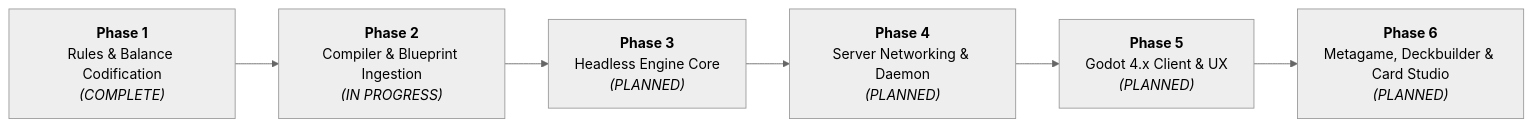
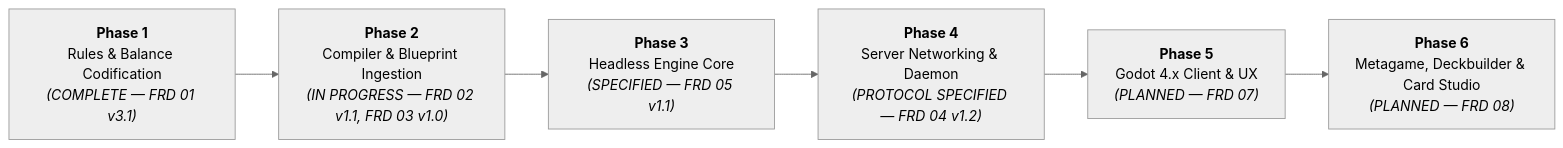
The second of 2 diagrams in docs/PRODUCT_SUMMARY.md (hailstorm01/animus-mundi), drawn with Mermaid (neutral theme) before and after one commit. The commit also changed other lines of this file, not shown here.

Commit message:
docs(product): sync product summary with Master FRDs 01-05 via pm-frd-drafter analysis

````diff
--- a/docs/PRODUCT_SUMMARY.md
+++ b/docs/PRODUCT_SUMMARY.md
@@ -196,11 +202,11 @@
 ```mermaid
 flowchart LR
-    Phase1["<b>Phase 1</b><br/>Rules & Balance Codification<br/><i>(COMPLETE)</i>"]
-    Phase2["<b>Phase 2</b><br/>Compiler & Blueprint Ingestion<br/><i>(IN PROGRESS)</i>"]
-    Phase3["<b>Phase 3</b><br/>Headless Engine Core<br/><i>(PLANNED)</i>"]
-    Phase4["<b>Phase 4</b><br/>Server Networking & Daemon<br/><i>(PLANNED)</i>"]
-    Phase5["<b>Phase 5</b><br/>Godot 4.x Client & UX<br/><i>(PLANNED)</i>"]
-    Phase6["<b>Phase 6</b><br/>Metagame, Deckbuilder & Card Studio<br/><i>(PLANNED)</i>"]
+    Phase1["<b>Phase 1</b><br/>Rules & Balance Codification<br/><i>(COMPLETE — FRD 01 v3.1)</i>"]
+    Phase2["<b>Phase 2</b><br/>Compiler & Blueprint Ingestion<br/><i>(IN PROGRESS — FRD 02 v1.1, FRD 03 v1.0)</i>"]
+    Phase3["<b>Phase 3</b><br/>Headless Engine Core<br/><i>(SPECIFIED — FRD 05 v1.1)</i>"]
+    Phase4["<b>Phase 4</b><br/>Server Networking & Daemon<br/><i>(PROTOCOL SPECIFIED — FRD 04 v1.2)</i>"]
+    Phase5["<b>Phase 5</b><br/>Godot 4.x Client & UX<br/><i>(PLANNED — FRD 07)</i>"]
+    Phase6["<b>Phase 6</b><br/>Metagame, Deckbuilder & Card Studio<br/><i>(PLANNED — FRD 08)</i>"]
 
     Phase1 --> Phase2 --> Phase3 --> Phase4 --> Phase5 --> Phase6
 ```
````
